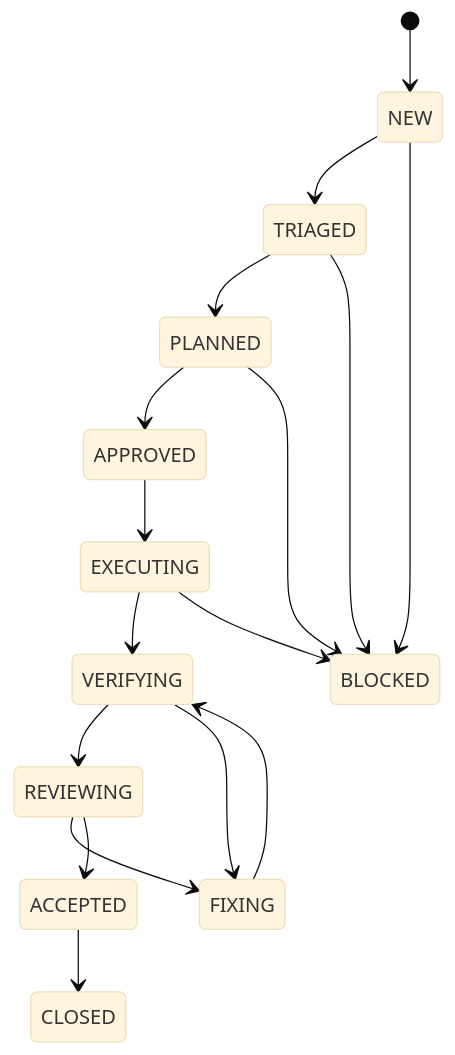
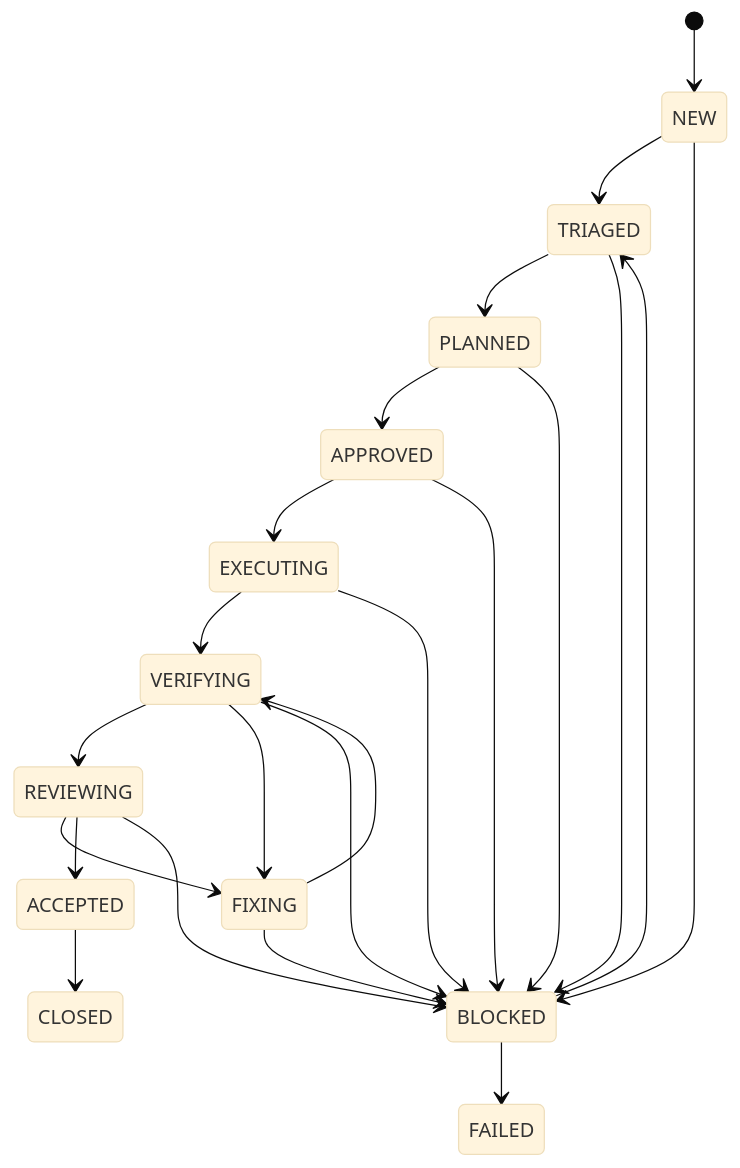
One commit to langju123456/solo-scale-ai-os changed the first of 2 diagrams in docs/architecture.md. Above: the diagram before and after it, drawn with Mermaid (base theme). The commit also changed other lines of this file and 18 other files, not shown here.

````diff
--- a/docs/architecture.md
+++ b/docs/architecture.md
@@ -45,19 +45,25 @@
 ```mermaid
 stateDiagram-v2
     [*] --> NEW
     NEW --> TRIAGED
     TRIAGED --> PLANNED
     PLANNED --> APPROVED
     APPROVED --> EXECUTING
     EXECUTING --> VERIFYING
     VERIFYING --> REVIEWING
     VERIFYING --> FIXING
     REVIEWING --> FIXING
     FIXING --> VERIFYING
     REVIEWING --> ACCEPTED
     ACCEPTED --> CLOSED
     NEW --> BLOCKED
     TRIAGED --> BLOCKED
     PLANNED --> BLOCKED
+    APPROVED --> BLOCKED
     EXECUTING --> BLOCKED
+    VERIFYING --> BLOCKED
+    REVIEWING --> BLOCKED
+    FIXING --> BLOCKED
+    BLOCKED --> TRIAGED
+    BLOCKED --> FAILED
 ```
````
